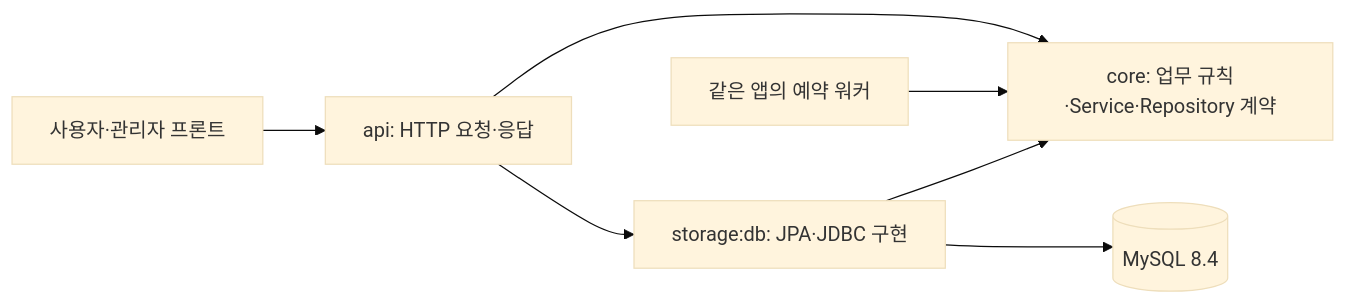
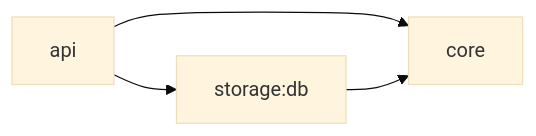
Before and after one commit to GETDDO/getddo-be: the second of 9 diagrams in README.md, drawn with Mermaid (base theme). The commit also changed other lines of this file, not shown here.

````diff
--- a/README.md
+++ b/README.md
@@ -82,9 +84,6 @@
 ```mermaid
 flowchart LR
-    Client["사용자·관리자 프론트"] --> API["api: HTTP 요청·응답"]
-    API --> Core["core: 업무 규칙·Service·Repository 계약"]
-    API --> DB["storage:db: JPA·JDBC 구현"]
+    API["api"] --> Core["core"]
+    API --> DB["storage:db"]
     DB --> Core
-    DB --> MySQL[("MySQL 8.4")]
-    Worker["같은 앱의 예약 워커"] --> Core
 ```
````
